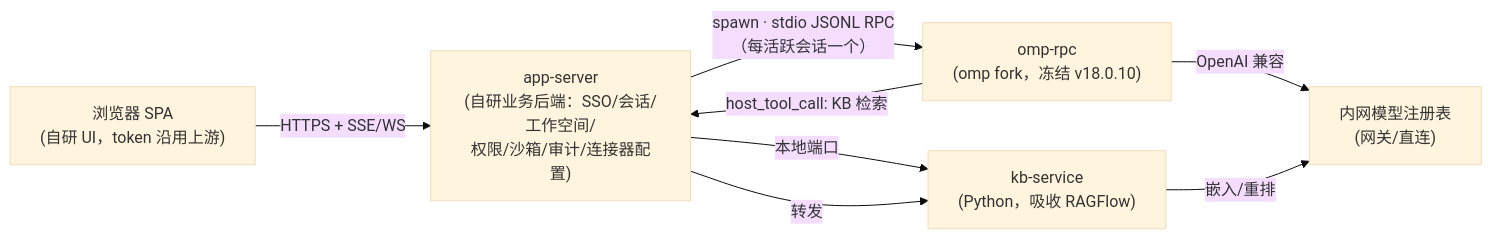
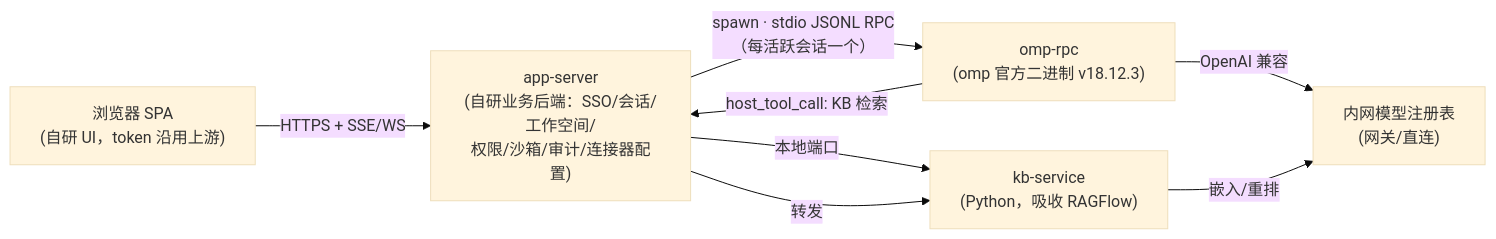
Before and after one commit to DankerMu/open-wb: the diagram in PLAN.md, drawn with Mermaid (base theme). The commit also changed other lines of this file and 30 other files, not shown here.

````diff
--- a/PLAN.md
+++ b/PLAN.md
@@ -17,9 +17,9 @@
 ```mermaid
 flowchart LR
     B["浏览器 SPA<br/>(自研 UI，token 沿用上游)"] -- "HTTPS + SSE/WS" --> S["app-server<br/>(自研业务后端：SSO/会话/工作空间/<br/>权限/沙箱/审计/连接器配置)"]
-    S -- "spawn · stdio JSONL RPC<br/>（每活跃会话一个）" --> A["omp-rpc<br/>(omp fork，冻结 v18.0.10)"]
+    S -- "spawn · stdio JSONL RPC<br/>（每活跃会话一个）" --> A["omp-rpc<br/>(omp 官方二进制 v18.12.3)"]
     S -- "本地端口" --> K["kb-service<br/>(Python，吸收 RAGFlow)"]
     A -- "host_tool_call: KB 检索" --> S -- 转发 --> K
     A -- "OpenAI 兼容" --> P["内网模型注册表<br/>(网关/直连)"]
     K -- 嵌入/重排 --> P
 ```
````
